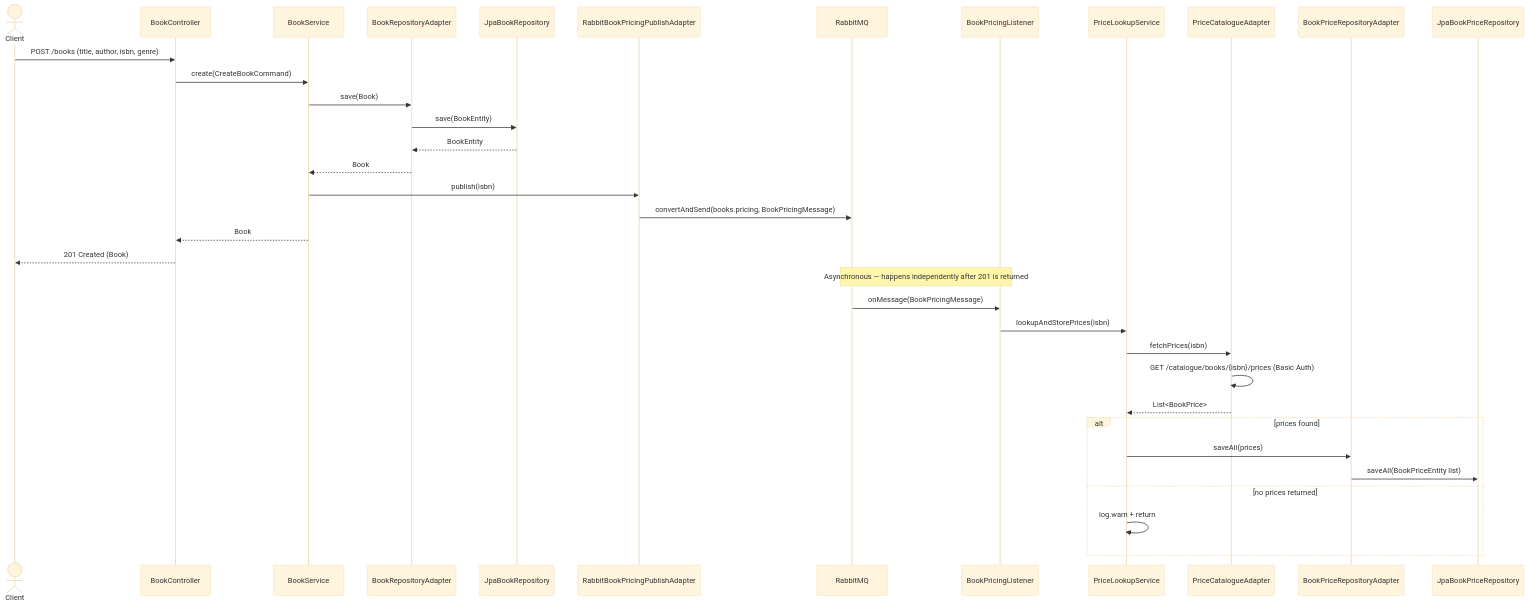
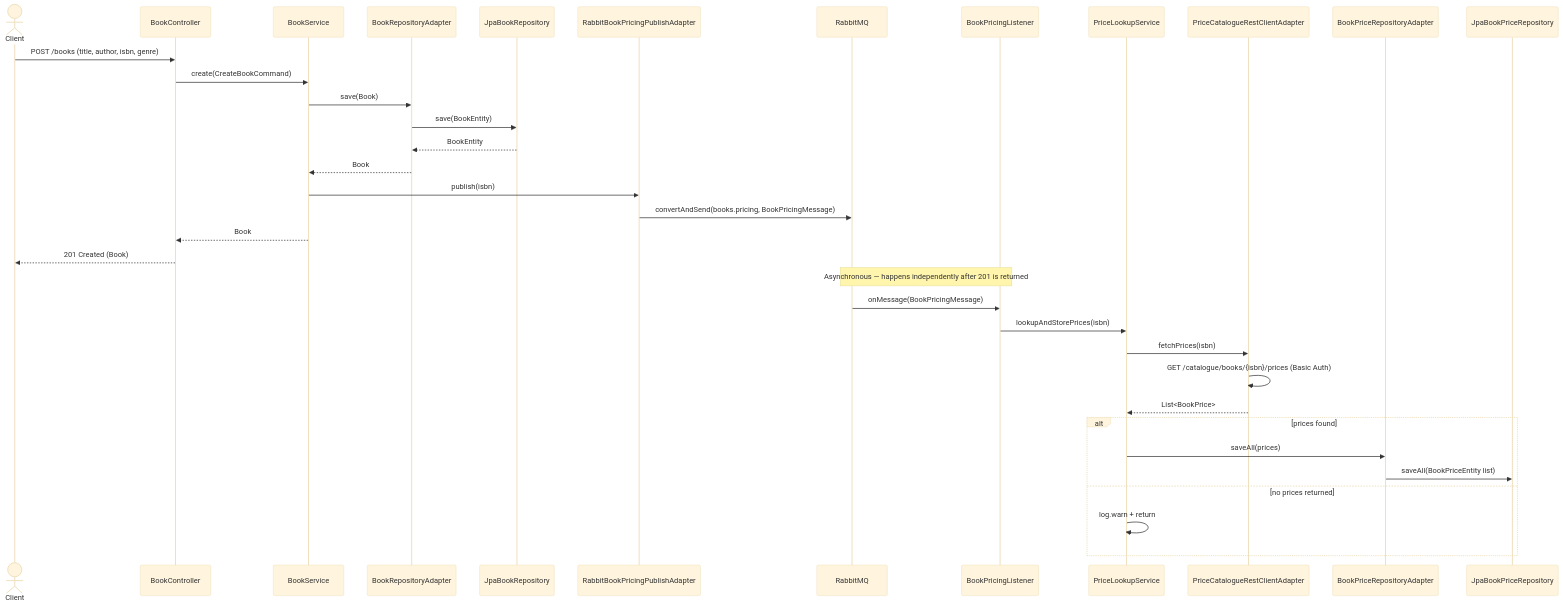
One commit to retroredge/spring-web-service-sandbox changed the fifth of 5 diagrams in README.md. Above: the diagram before and after it, drawn with Mermaid (base theme). The commit also changed other lines of this file and 23 other files, not shown here.

Commit message:
Renaming components; Removeal of BookPriceId

````diff
--- a/README.md
+++ b/README.md
@@ -390,41 +390,41 @@
 ```mermaid
 sequenceDiagram
     actor Client
     participant BookController
     participant BookUseCase as BookService
-    participant BookStore as BookRepositoryAdapter
+    participant BookRepositoryPort as BookRepositoryAdapter
     participant JpaBookRepository
     participant BookPricingPublishPort as RabbitBookPricingPublishAdapter
     participant RabbitMQ
     participant BookPricingListener
     participant PriceLookupUseCase as PriceLookupService
-    participant PriceCataloguePort as PriceCatalogueAdapter
-    participant PriceStore as BookPriceRepositoryAdapter
+    participant PriceCataloguePort as PriceCatalogueRestClientAdapter
+    participant PriceRepositoryPort as BookPriceRepositoryAdapter
     participant JpaBookPriceRepository
 
     Client->>BookController: POST /books (title, author, isbn, genre)
     BookController->>BookUseCase: create(CreateBookCommand)
-    BookUseCase->>BookStore: save(Book)
-    BookStore->>JpaBookRepository: save(BookEntity)
-    JpaBookRepository-->>BookStore: BookEntity
-    BookStore-->>BookUseCase: Book
+    BookUseCase->>BookRepositoryPort: save(Book)
+    BookRepositoryPort->>JpaBookRepository: save(BookEntity)
+    JpaBookRepository-->>BookRepositoryPort: BookEntity
+    BookRepositoryPort-->>BookUseCase: Book
     BookUseCase->>BookPricingPublishPort: publish(isbn)
     BookPricingPublishPort->>RabbitMQ: convertAndSend(books.pricing, BookPricingMessage)
     BookUseCase-->>BookController: Book
     BookController-->>Client: 201 Created (Book)
 
     Note over RabbitMQ,BookPricingListener: Asynchronous — happens independently after 201 is returned
 
     RabbitMQ->>BookPricingListener: onMessage(BookPricingMessage)
     BookPricingListener->>PriceLookupUseCase: lookupAndStorePrices(isbn)
     PriceLookupUseCase->>PriceCataloguePort: fetchPrices(isbn)
     PriceCataloguePort->>PriceCataloguePort: GET /catalogue/books/{isbn}/prices (Basic Auth)
     PriceCataloguePort-->>PriceLookupUseCase: List<BookPrice>
 
     alt prices found
-        PriceLookupUseCase->>PriceStore: saveAll(prices)
-        PriceStore->>JpaBookPriceRepository: saveAll(BookPriceEntity list)
+        PriceLookupUseCase->>PriceRepositoryPort: saveAll(prices)
+        PriceRepositoryPort->>JpaBookPriceRepository: saveAll(BookPriceEntity list)
     else no prices returned
         PriceLookupUseCase->>PriceLookupUseCase: log.warn + return
     end
 ```
````
